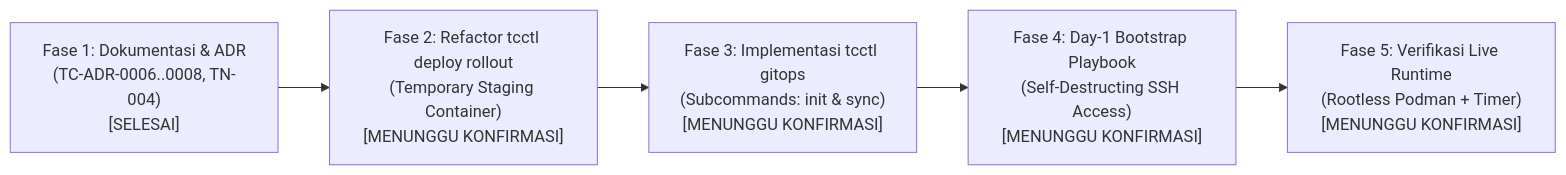
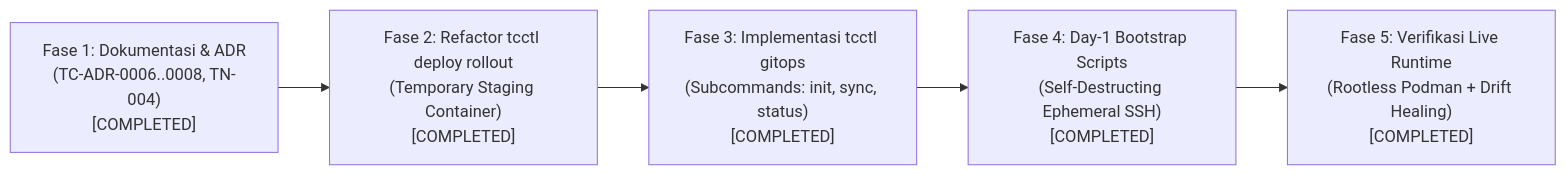
Before and after one commit to edkas07-oss/devops-handbook: the fourth of 4 diagrams in docs/projects/tomcat/engineering-journal/platform-foundation-and-hardening/TN-004-design-pure-pull-based-gitops-temporary-staging-rollout-and-self-destructing-bootstrap.md, drawn with Mermaid. The commit also changed other lines of this file, not shown here.

Commit message:
docs(tomcat): update TN-004 to reflect completed implementation and verification

````diff
--- a/docs/projects/tomcat/engineering-journal/platform-foundation-and-hardening/TN-004-design-pure-pull-based-gitops-temporary-staging-rollout-and-self-destructing-bootstrap.md
+++ b/docs/projects/tomcat/engineering-journal/platform-foundation-and-hardening/TN-004-design-pure-pull-based-gitops-temporary-staging-rollout-and-self-destructing-bootstrap.md
@@ -291,7 +292,7 @@
 ```mermaid
 flowchart LR
-    P1["Fase 1: Dokumentasi & ADR\n(TC-ADR-0006..0008, TN-004)\n[SELESAI]"] --> P2["Fase 2: Refactor tcctl deploy rollout\n(Temporary Staging Container)\n[MENUNGGU KONFIRMASI]"]
-    P2 --> P3["Fase 3: Implementasi tcctl gitops\n(Subcommands: init & sync)\n[MENUNGGU KONFIRMASI]"]
-    P3 --> P4["Fase 4: Day-1 Bootstrap Playbook\n(Self-Destructing SSH Access)\n[MENUNGGU KONFIRMASI]"]
-    P4 --> P5["Fase 5: Verifikasi Live Runtime\n(Rootless Podman + Timer)\n[MENUNGGU KONFIRMASI]"]
+    P1["Fase 1: Dokumentasi & ADR\n(TC-ADR-0006..0008, TN-004)\n[COMPLETED]"] --> P2["Fase 2: Refactor tcctl deploy rollout\n(Temporary Staging Container)\n[COMPLETED]"]
+    P2 --> P3["Fase 3: Implementasi tcctl gitops\n(Subcommands: init, sync, status)\n[COMPLETED]"]
+    P3 --> P4["Fase 4: Day-1 Bootstrap Scripts\n(Self-Destructing Ephemeral SSH)\n[COMPLETED]"]
+    P4 --> P5["Fase 5: Verifikasi Live Runtime\n(Rootless Podman + Drift Healing)\n[COMPLETED]"]
 ```
````
